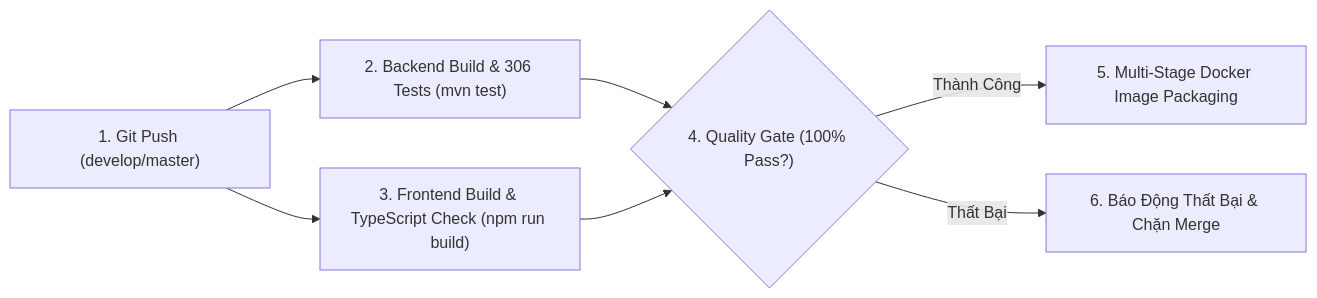
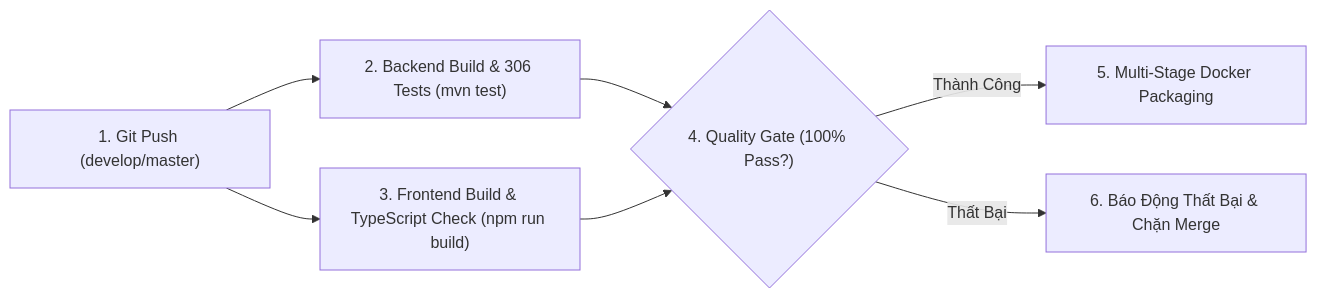
The fifth of 5 diagrams in docs/PROJECT_CHARTER_AND_PLAN.md (vinhhotff/KLTN-medical-assistant), drawn with Mermaid before and after one commit. The commit also changed other lines of this file and 52 other files, not shown here.

````diff
--- a/docs/PROJECT_CHARTER_AND_PLAN.md
+++ b/docs/PROJECT_CHARTER_AND_PLAN.md
@@ -333,9 +444,9 @@
 ```mermaid
 graph LR
     Push["1. Git Push (develop/master)"] --> CI_Backend["2. Backend Build & 306 Tests (mvn test)"]
     Push --> CI_Frontend["3. Frontend Build & TypeScript Check (npm run build)"]
     CI_Backend --> QualityGate{"4. Quality Gate (100% Pass?)"}
     CI_Frontend --> QualityGate
-    QualityGate -->|Thành Công| DockerBuild["5. Multi-Stage Docker Image Packaging"]
+    QualityGate -->|Thành Công| DockerBuild["5. Multi-Stage Docker Packaging"]
     QualityGate -->|Thất Bại| Alert["6. Báo Động Thất Bại & Chặn Merge"]
 ```
````
